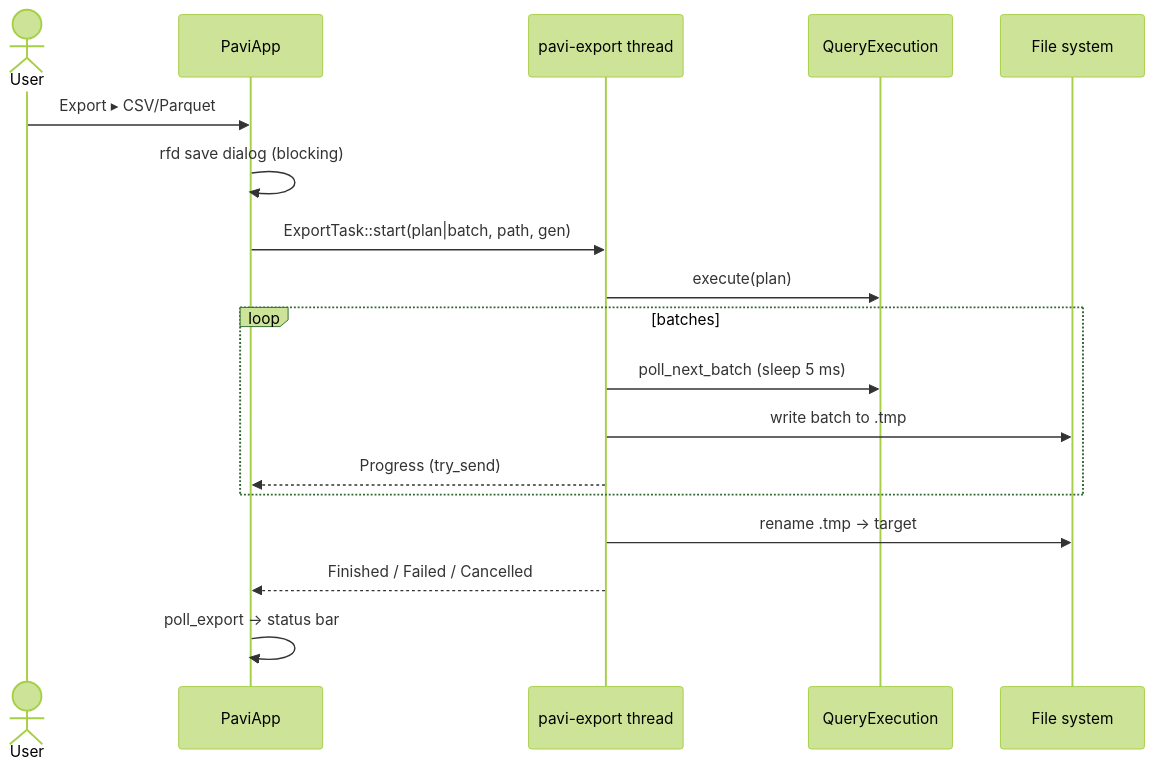
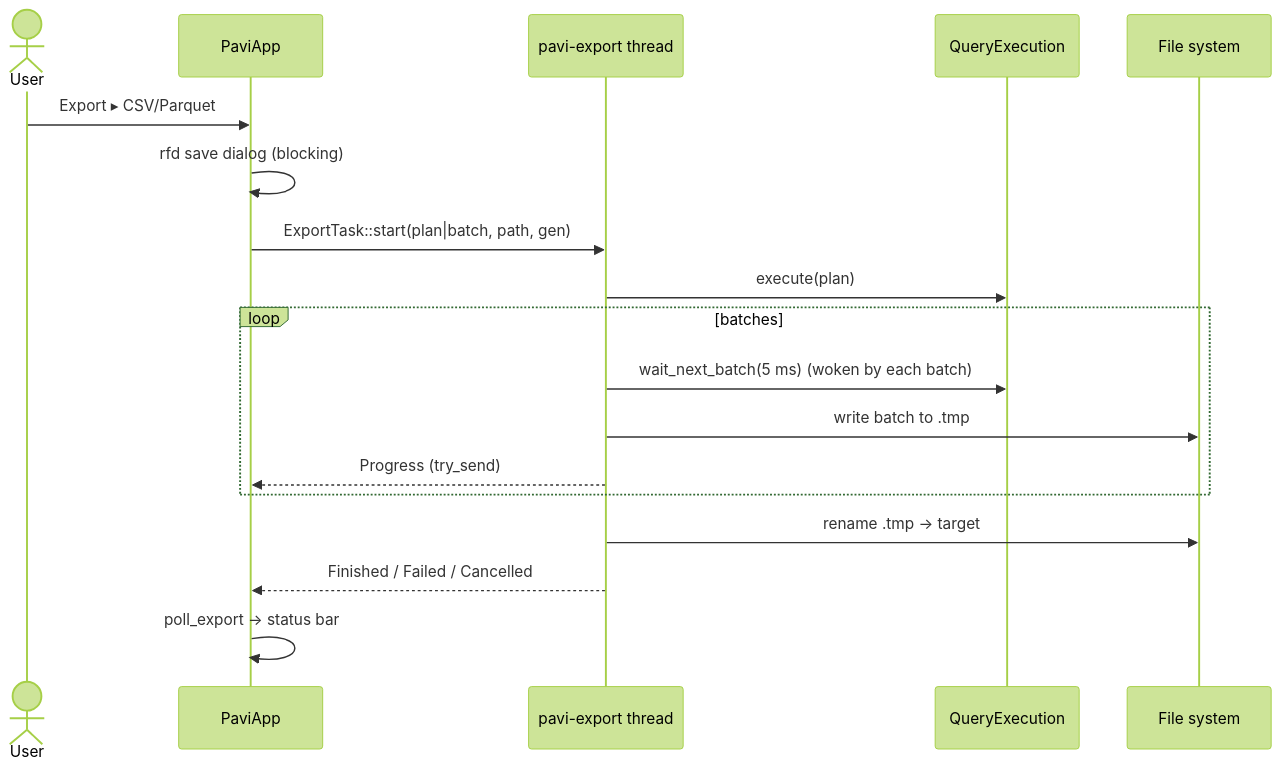
One commit to elshanhsynv/pavi changed the seventh of 8 diagrams in docs/architecture/data-flows.md. Above: the diagram before and after it, drawn with Mermaid (forest theme). The commit also changed other lines of this file and 10 other files, not shown here.

````diff
--- a/docs/architecture/data-flows.md
+++ b/docs/architecture/data-flows.md
@@ -230,20 +230,20 @@
 ```mermaid
 sequenceDiagram
     actor User
     participant UI as PaviApp
     participant EX as pavi-export thread
     participant Q as QueryExecution
     participant FS as File system
     User->>UI: Export ▸ CSV/Parquet
     UI->>UI: rfd save dialog (blocking)
     UI->>EX: ExportTask::start(plan|batch, path, gen)
     EX->>Q: execute(plan)
     loop batches
-        EX->>Q: poll_next_batch (sleep 5 ms)
+        EX->>Q: wait_next_batch(5 ms) (woken by each batch)
         EX->>FS: write batch to .tmp
         EX-->>UI: Progress (try_send)
     end
     EX->>FS: rename .tmp → target
     EX-->>UI: Finished / Failed / Cancelled
     UI->>UI: poll_export → status bar
 ```
````
